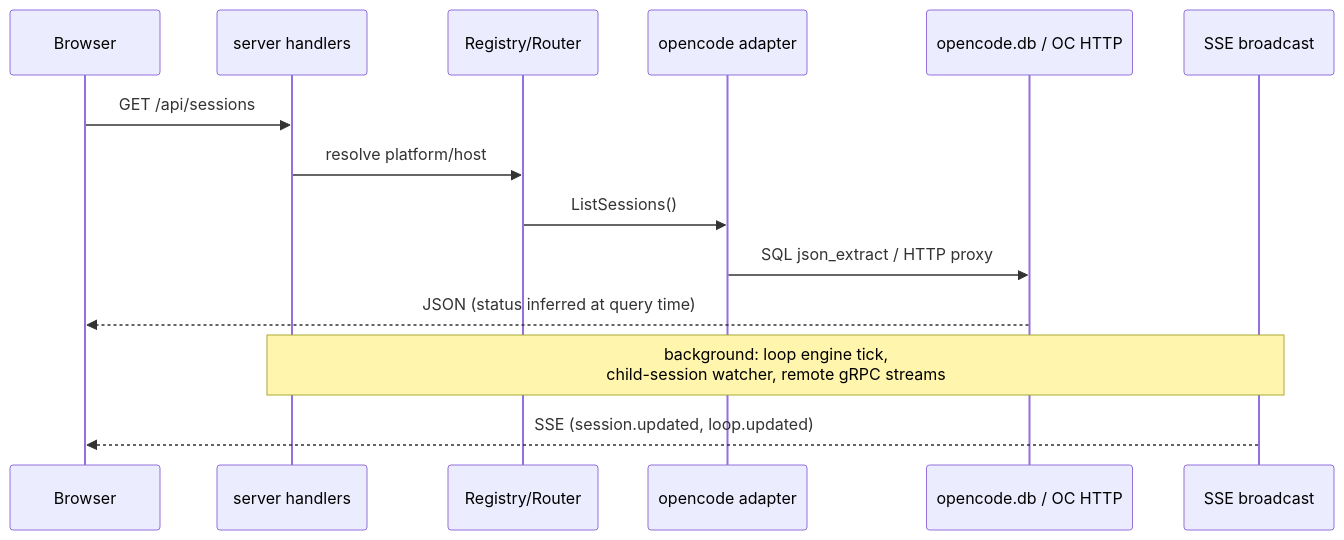
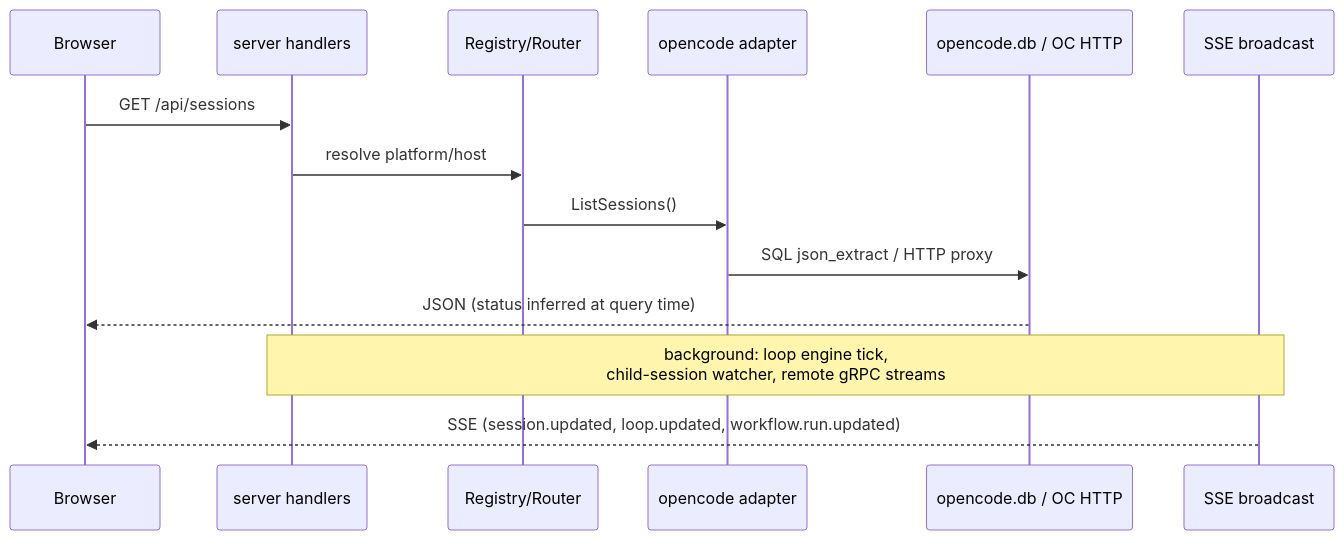
Before and after one commit to ocman/ocman: the third of 4 diagrams in docs/architecture.md, drawn with Mermaid. The commit also changed other lines of this file and 19 other files, not shown here.

````diff
--- a/docs/architecture.md
+++ b/docs/architecture.md
@@ -84,17 +89,17 @@
 ```mermaid
 sequenceDiagram
     participant B as Browser
     participant S as server handlers
     participant R as Registry/Router
     participant A as opencode adapter
     participant D as opencode.db / OC HTTP
     participant E as SSE broadcast
 
     B->>S: GET /api/sessions
     S->>R: resolve platform/host
     R->>A: ListSessions()
     A->>D: SQL json_extract / HTTP proxy
     D-->>B: JSON (status inferred at query time)
     Note over S,E: background: loop engine tick,<br/>child-session watcher, remote gRPC streams
-    E-->>B: SSE (session.updated, loop.updated)
+    E-->>B: SSE (session.updated, loop.updated, workflow.run.updated)
 ```
````
